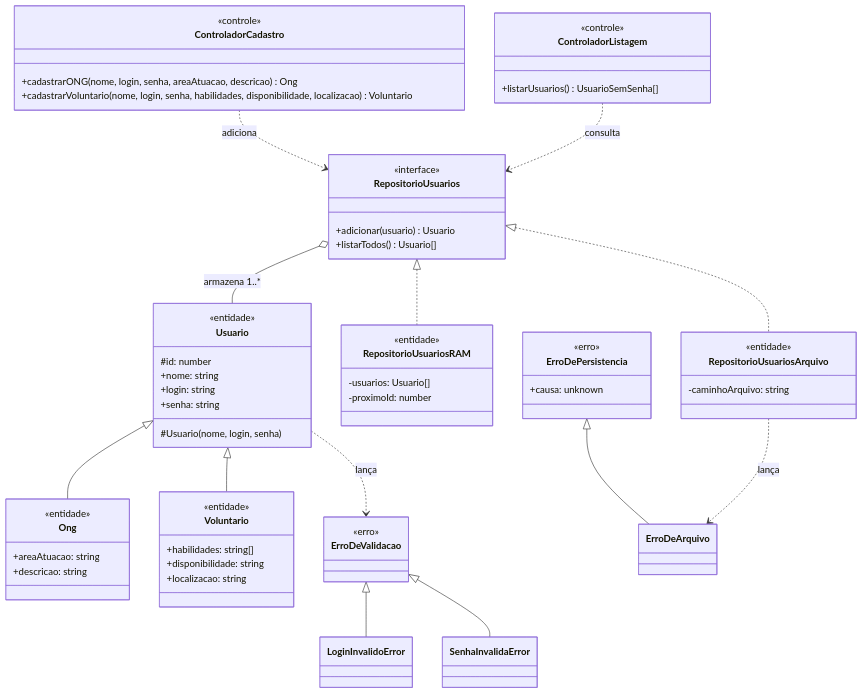
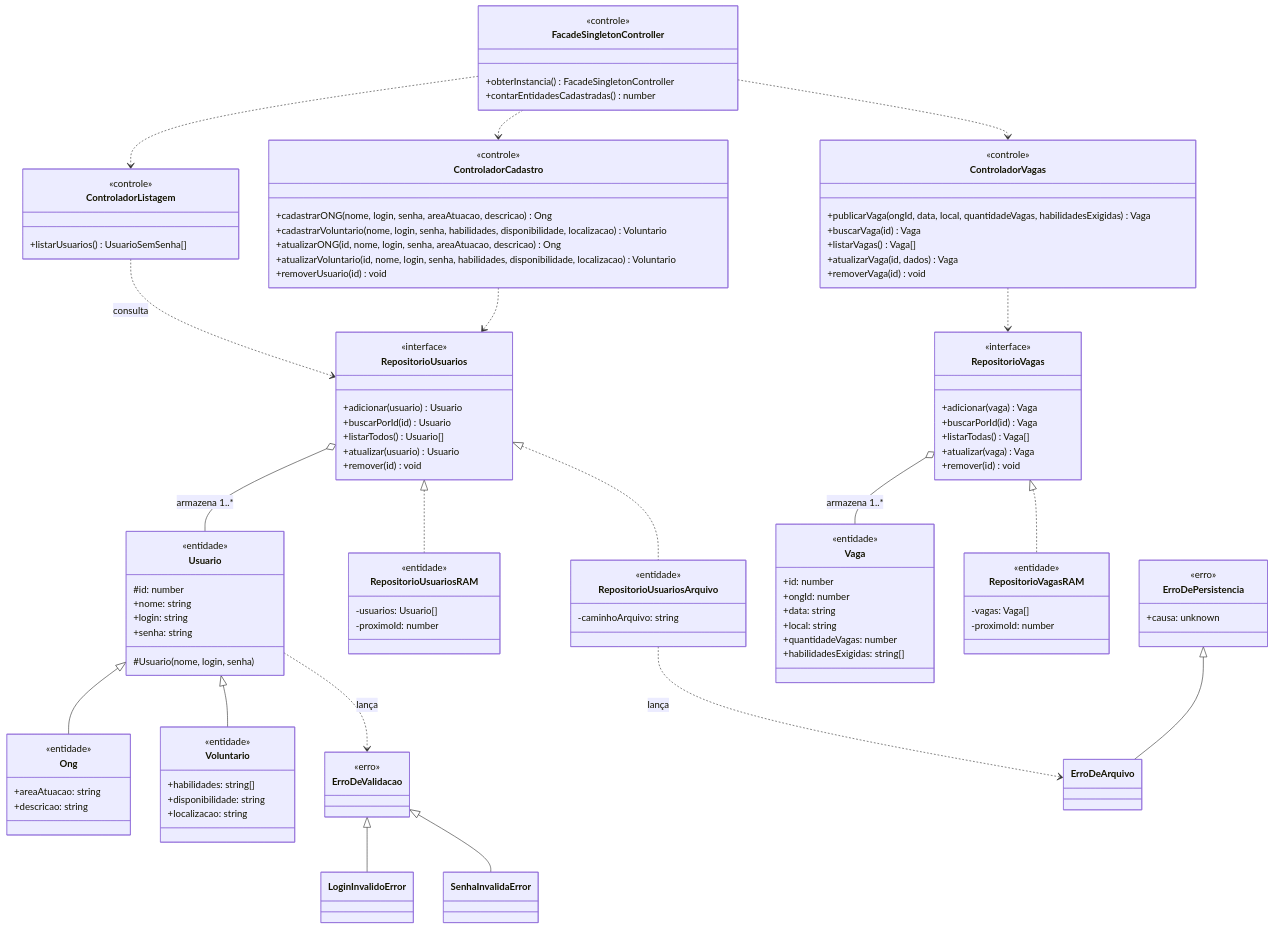
Before and after one commit to beapessoa/Ponte-mps: the diagram in docs/08-projeto.md, drawn with Mermaid. The commit also changed other lines of this file and 1 other file, not shown here.

Commit message:
docs(projeto): atualizar classes de projeto e registrar ADR da fachada
Atualiza o diagrama de docs/08-projeto.md com Vaga, RepositorioVagas/
RAM, ControladorVagas e FacadeSingletonController, preenche a tabela
de padroes (Singleton + Facade, Sprint 3) e cria o ADR-0002
documentando a decisao da fachada unica - itens S3.1 e "ADR da
fachada unica" do checklist de Entrega 2 que a Sprint 3 ainda nao
tinha.

```diff
--- a/docs/08-projeto.md
+++ b/docs/08-projeto.md
@@ -47,7 +47,10 @@
     class RepositorioUsuarios {
         <<interface>>
         +adicionar(usuario) Usuario
+        +buscarPorId(id) Usuario
         +listarTodos() Usuario[]
+        +atualizar(usuario) Usuario
+        +remover(id) void
     }
     class RepositorioUsuariosRAM {
         <<entidade>>
@@ -62,17 +65,63 @@
     RepositorioUsuarios <|.. RepositorioUsuariosArquivo
     RepositorioUsuarios o-- Usuario : armazena 1..*
 
+    class Vaga {
+        <<entidade>>
+        +id: number
+        +ongId: number
+        +data: string
+        +local: string
+        +quantidadeVagas: number
+        +habilidadesExigidas: string[]
+    }
+    class RepositorioVagas {
+        <<interface>>
+        +adicionar(vaga) Vaga
+        +buscarPorId(id) Vaga
+        +listarTodas() Vaga[]
+        +atualizar(vaga) Vaga
+        +remover(id) void
+    }
+    class RepositorioVagasRAM {
+        <<entidade>>
+        -vagas: Vaga[]
+        -proximoId: number
+    }
+    RepositorioVagas <|.. RepositorioVagasRAM
+    RepositorioVagas o-- Vaga : armazena 1..*
+
     class ControladorCadastro {
         <<controle>>
         +cadastrarONG(nome, login, senha, areaAtuacao, descricao) Ong
         +cadastrarVoluntario(nome, login, senha, habilidades, disponibilidade, localizacao) Voluntario
+        +atualizarONG(id, nome, login, senha, areaAtuacao, descricao) Ong
+        +atualizarVoluntario(id, nome, login, senha, habilidades, disponibilidade, localizacao) Voluntario
+        +removerUsuario(id) void
     }
     class ControladorListagem {
         <<controle>>
         +listarUsuarios() UsuarioSemSenha[]
     }
-    ControladorCadastro ..> RepositorioUsuarios : adiciona
+    class ControladorVagas {
+        <<controle>>
+        +publicarVaga(ongId, data, local, quantidadeVagas, habilidadesExigidas) Vaga
+        +buscarVaga(id) Vaga
+        +listarVagas() Vaga[]
+        +atualizarVaga(id, dados) Vaga
+        +removerVaga(id) void
+    }
+    ControladorCadastro ..> RepositorioUsuarios
     ControladorListagem ..> RepositorioUsuarios : consulta
+    ControladorVagas ..> RepositorioVagas
+
+    class FacadeSingletonController {
+        <<controle>>
+        +obterInstancia() FacadeSingletonController
+        +contarEntidadesCadastradas() number
+    }
+    FacadeSingletonController ..> ControladorCadastro
+    FacadeSingletonController ..> ControladorListagem
+    FacadeSingletonController ..> ControladorVagas
 
     class ErroDeValidacao {
         <<erro>>
```
